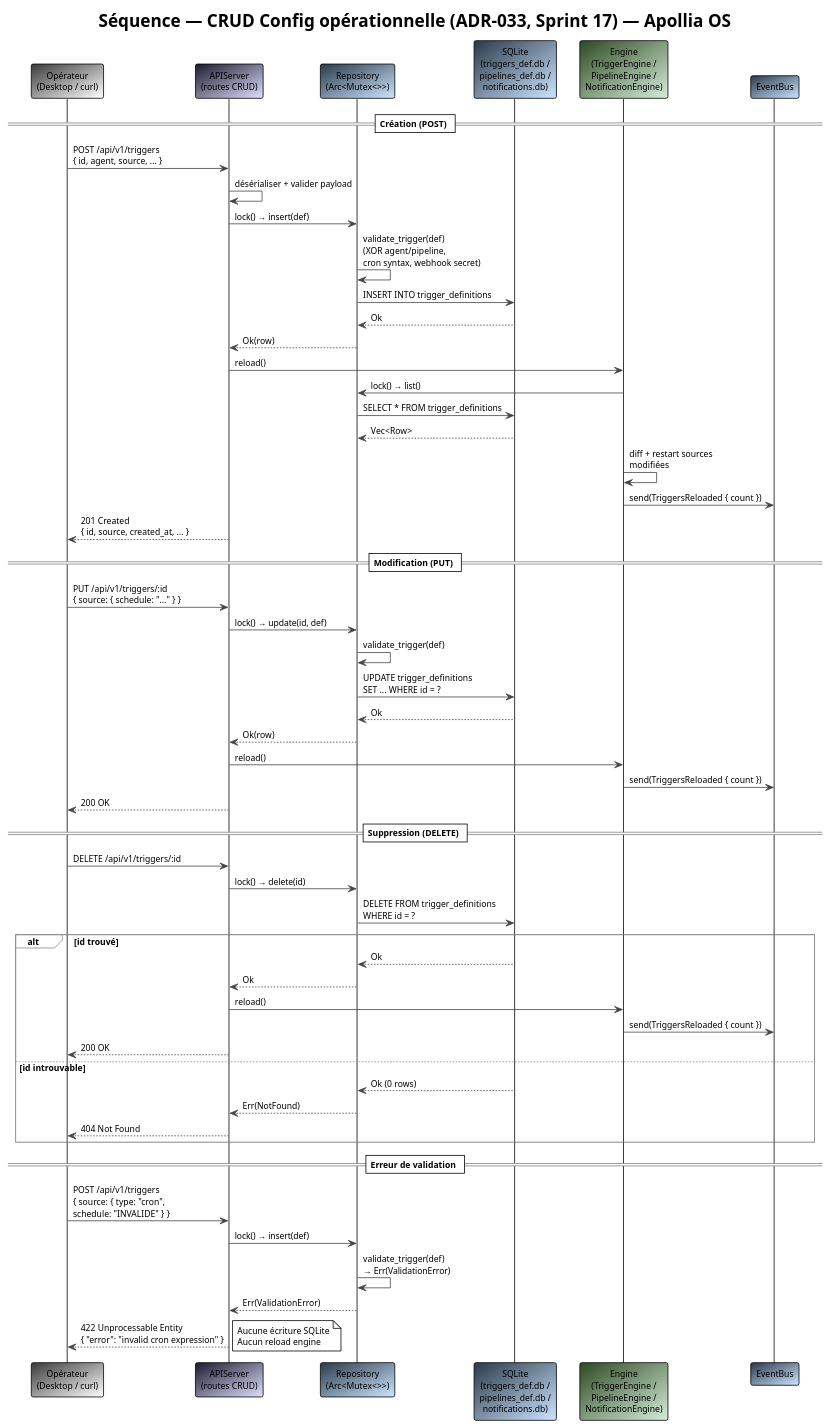
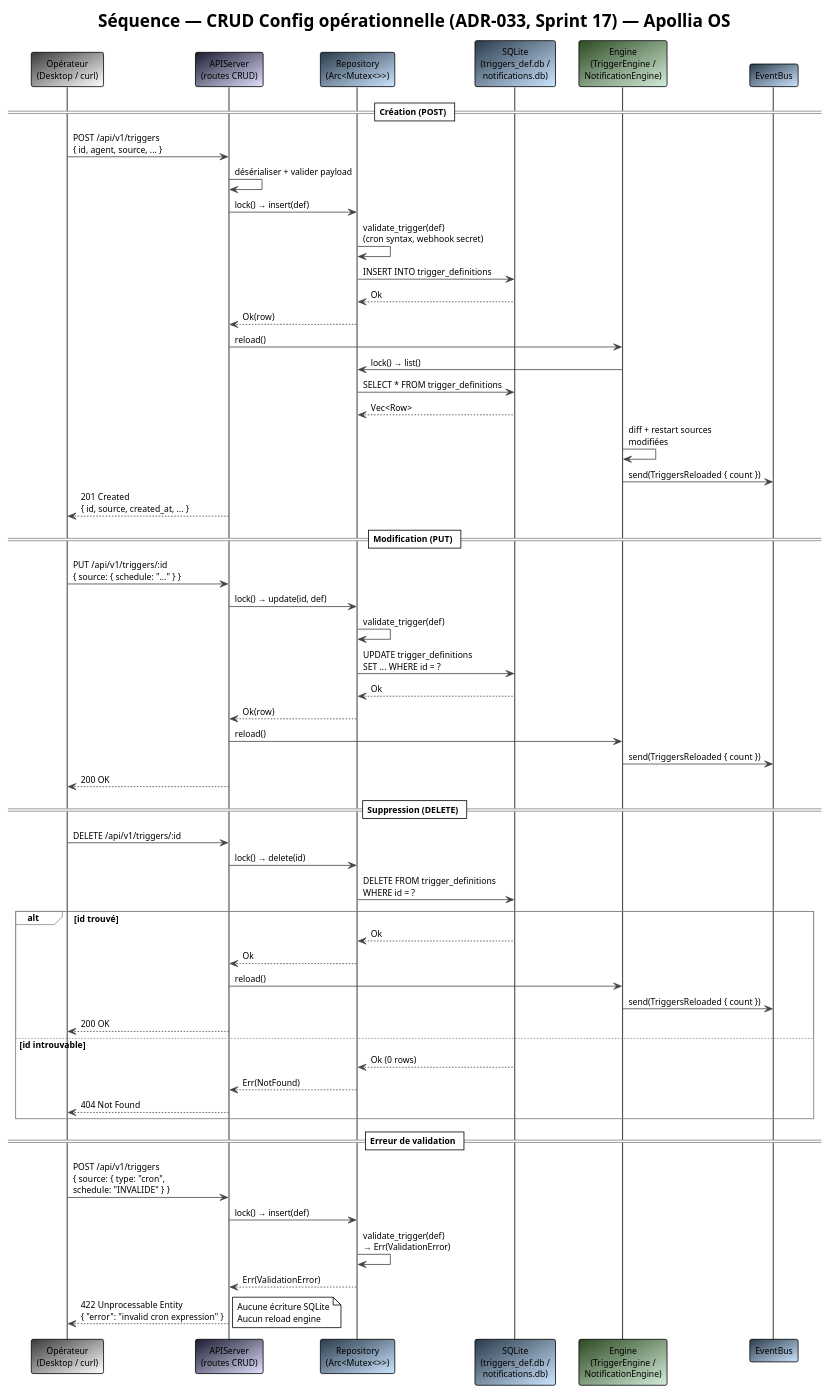
One commit to nidal-z/apollia-os changed the diagram in docs/diagrams/seq-config-crud.puml. Above: the diagram before and after it, drawn with PlantUML. The commit also changed 50 other files, not shown here.

```diff
--- a/docs/diagrams/seq-config-crud.puml
+++ b/docs/diagrams/seq-config-crud.puml
@@ -1,74 +1,74 @@
 @startuml seq-config-crud
 !theme plain
 skinparam backgroundColor #FFFFFF
 skinparam defaultFontName "JetBrains Mono"
 skinparam defaultFontSize 11
 skinparam ArrowColor #444444
 skinparam BorderColor #444444
 skinparam SequenceGroupBorderColor #888888
 
 title Séquence — CRUD Config opérationnelle (ADR-033, Sprint 17) — Apollia OS
 
 participant "Opérateur\n(Desktop / curl)" as op #3a3a3a/ffffff
 participant "APIServer\n(routes CRUD)" as api #1a1a2e/e0e0ff
 participant "Repository\n(Arc<Mutex<>>)" as repo #2a3a4a/cce5ff
-participant "SQLite\n(triggers_def.db /\npipelines_def.db /\nnotifications.db)" as db #2a3a4a/cce5ff
-participant "Engine\n(TriggerEngine /\nPipelineEngine /\nNotificationEngine)" as engine #2d4a22/d4edda
+participant "SQLite\n(triggers_def.db /\nnotifications.db)" as db #2a3a4a/cce5ff
+participant "Engine\n(TriggerEngine /\nNotificationEngine)" as engine #2d4a22/d4edda
 participant "EventBus" as bus #2a3a4a/cce5ff
 
 == Création (POST) ==
 
 op -> api : POST /api/v1/triggers\n{ id, agent, source, ... }
 api -> api : désérialiser + valider payload
 api -> repo : lock() → insert(def)
-repo -> repo : validate_trigger(def)\n(XOR agent/pipeline,\ncron syntax, webhook secret)
+repo -> repo : validate_trigger(def)\n(cron syntax, webhook secret)
 repo -> db : INSERT INTO trigger_definitions
 db --> repo : Ok
 repo --> api : Ok(row)
 api -> engine : reload()
 engine -> repo : lock() → list()
 repo -> db : SELECT * FROM trigger_definitions
 db --> repo : Vec<Row>
 engine -> engine : diff + restart sources\nmodifiées
 engine -> bus : send(TriggersReloaded { count })
 api --> op : 201 Created\n{ id, source, created_at, ... }
 
 == Modification (PUT) ==
 
 op -> api : PUT /api/v1/triggers/:id\n{ source: { schedule: "..." } }
 api -> repo : lock() → update(id, def)
 repo -> repo : validate_trigger(def)
 repo -> db : UPDATE trigger_definitions\nSET ... WHERE id = ?
 db --> repo : Ok
 repo --> api : Ok(row)
 api -> engine : reload()
 engine -> bus : send(TriggersReloaded { count })
 api --> op : 200 OK
 
 == Suppression (DELETE) ==
 
 op -> api : DELETE /api/v1/triggers/:id
 api -> repo : lock() → delete(id)
 repo -> db : DELETE FROM trigger_definitions\nWHERE id = ?
 alt id trouvé
   db --> repo : Ok
   repo --> api : Ok
   api -> engine : reload()
   engine -> bus : send(TriggersReloaded { count })
   api --> op : 200 OK
 else id introuvable
   db --> repo : Ok (0 rows)
   repo --> api : Err(NotFound)
   api --> op : 404 Not Found
 end
 
 == Erreur de validation ==
 
 op -> api : POST /api/v1/triggers\n{ source: { type: "cron",\nschedule: "INVALIDE" } }
 api -> repo : lock() → insert(def)
 repo -> repo : validate_trigger(def)\n→ Err(ValidationError)
 repo --> api : Err(ValidationError)
 api --> op : 422 Unprocessable Entity\n{ "error": "invalid cron expression" }
 note right : Aucune écriture SQLite\nAucun reload engine
 
 @enduml
```
